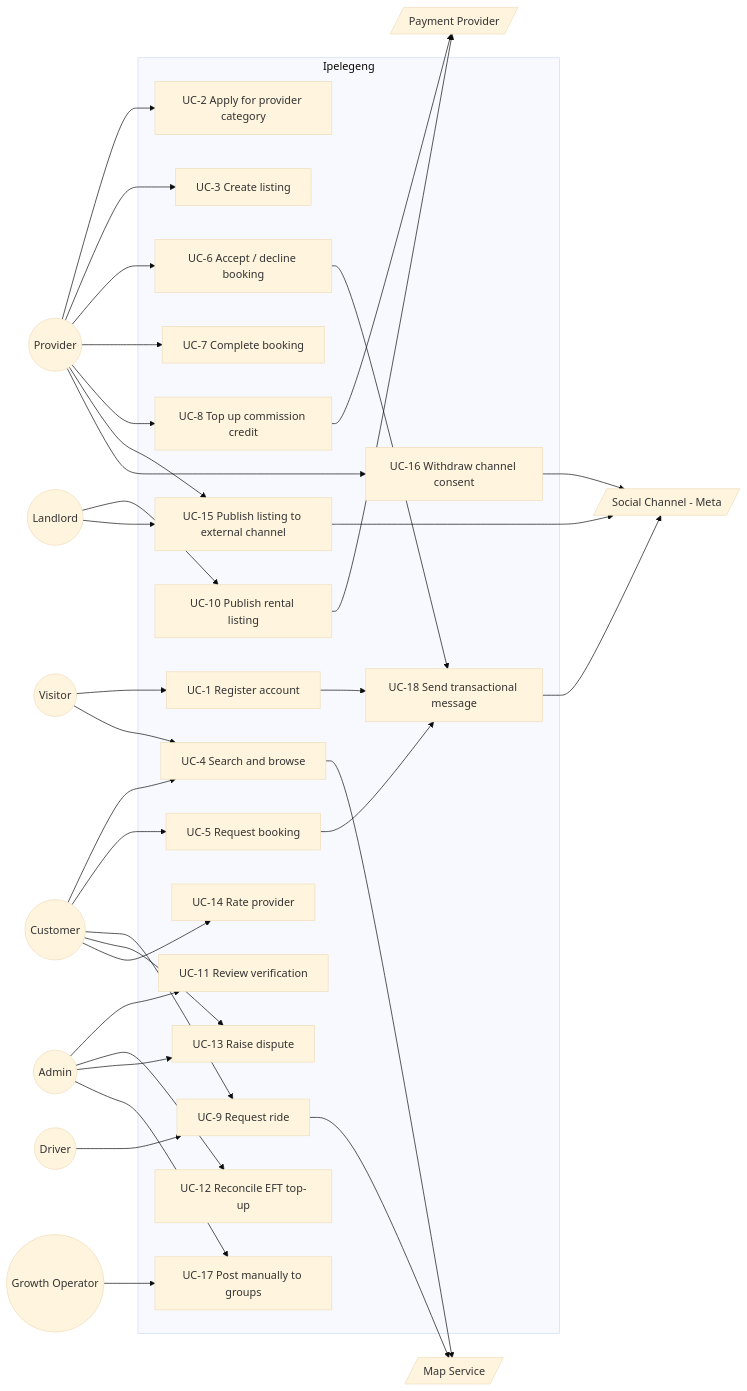
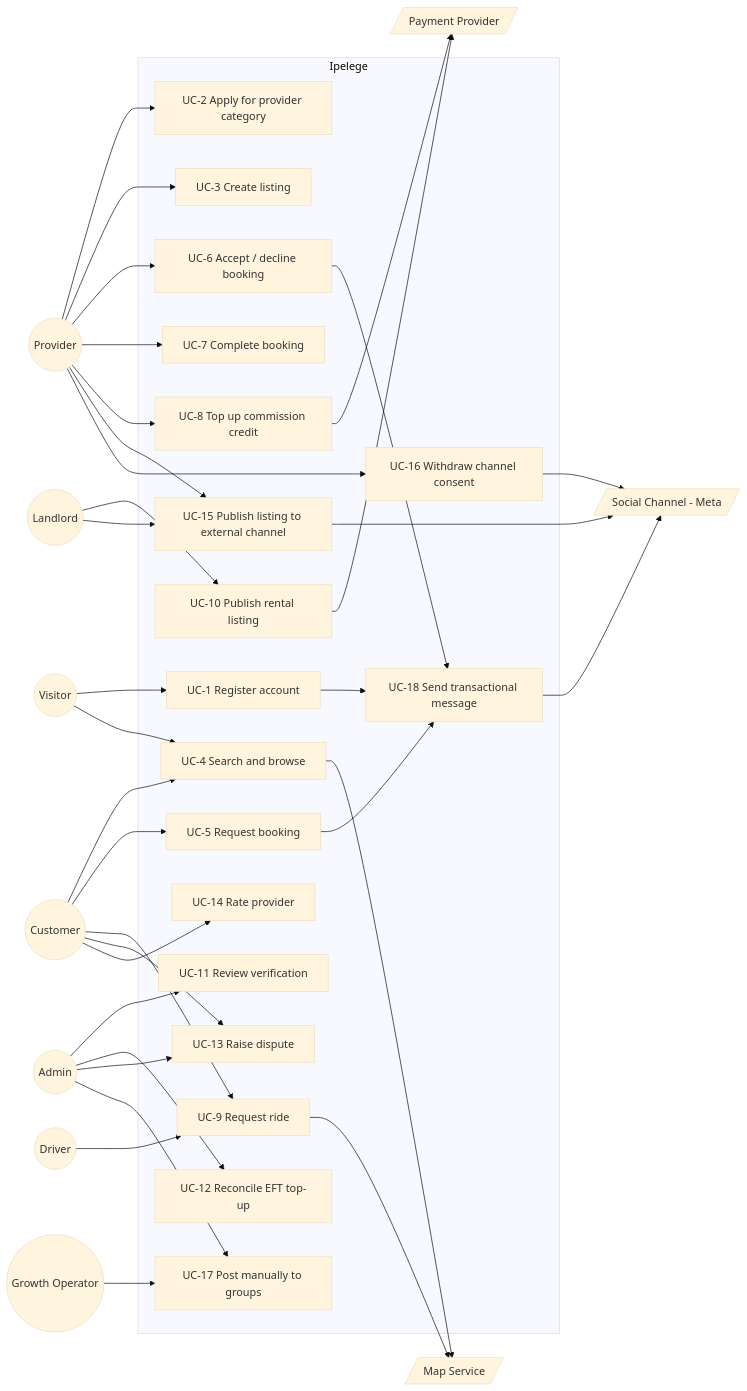
Before and after one commit to elmo365/ipelegeng: the diagram in docs/use-cases.md, drawn with Mermaid (base theme). The commit also changed 12 other files, not shown here.

````diff
--- a/docs/use-cases.md
+++ b/docs/use-cases.md
@@ -20,67 +20,67 @@
 ```mermaid
 flowchart LR
     V((Visitor))
     C((Customer))
     P((Provider))
     D((Driver))
     L((Landlord))
     A((Admin))
     G((Growth Operator))
     PAY[/Payment Provider/]
     MAP[/Map Service/]
     META[/Social Channel - Meta/]
 
-    subgraph Ipelegeng
+    subgraph Ipelege
         UC1[UC-1 Register account]
         UC2[UC-2 Apply for provider category]
         UC3[UC-3 Create listing]
         UC4[UC-4 Search and browse]
         UC5[UC-5 Request booking]
         UC6[UC-6 Accept / decline booking]
         UC7[UC-7 Complete booking]
         UC8[UC-8 Top up commission credit]
         UC9[UC-9 Request ride]
         UC10[UC-10 Publish rental listing]
         UC11[UC-11 Review verification]
         UC12[UC-12 Reconcile EFT top-up]
         UC13[UC-13 Raise dispute]
         UC14[UC-14 Rate provider]
         UC15[UC-15 Publish listing to external channel]
         UC16[UC-16 Withdraw channel consent]
         UC17[UC-17 Post manually to groups]
         UC18[UC-18 Send transactional message]
     end
 
     V --> UC1
     V --> UC4
     C --> UC4
     C --> UC5
     C --> UC9
     C --> UC13
     C --> UC14
     P --> UC2
     P --> UC3
     P --> UC6
     P --> UC7
     P --> UC8
     D --> UC9
     L --> UC10
     A --> UC11
     A --> UC12
     A --> UC13
     P --> UC15
     P --> UC16
     L --> UC15
     G --> UC17
     A --> UC17
     UC8 --> PAY
     UC10 --> PAY
     UC9 --> MAP
     UC4 --> MAP
     UC15 --> META
     UC16 --> META
     UC18 --> META
     UC5 --> UC18
     UC6 --> UC18
     UC1 --> UC18
 ```
````
